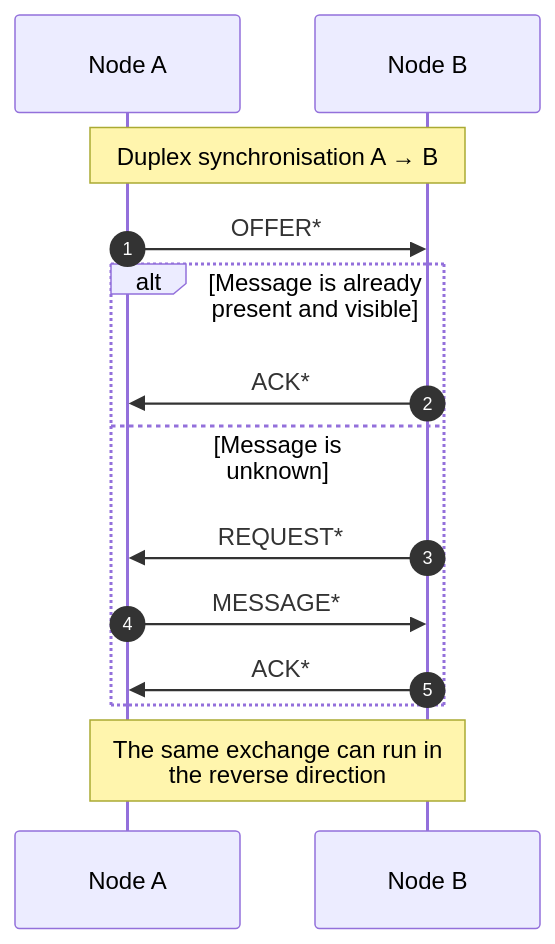
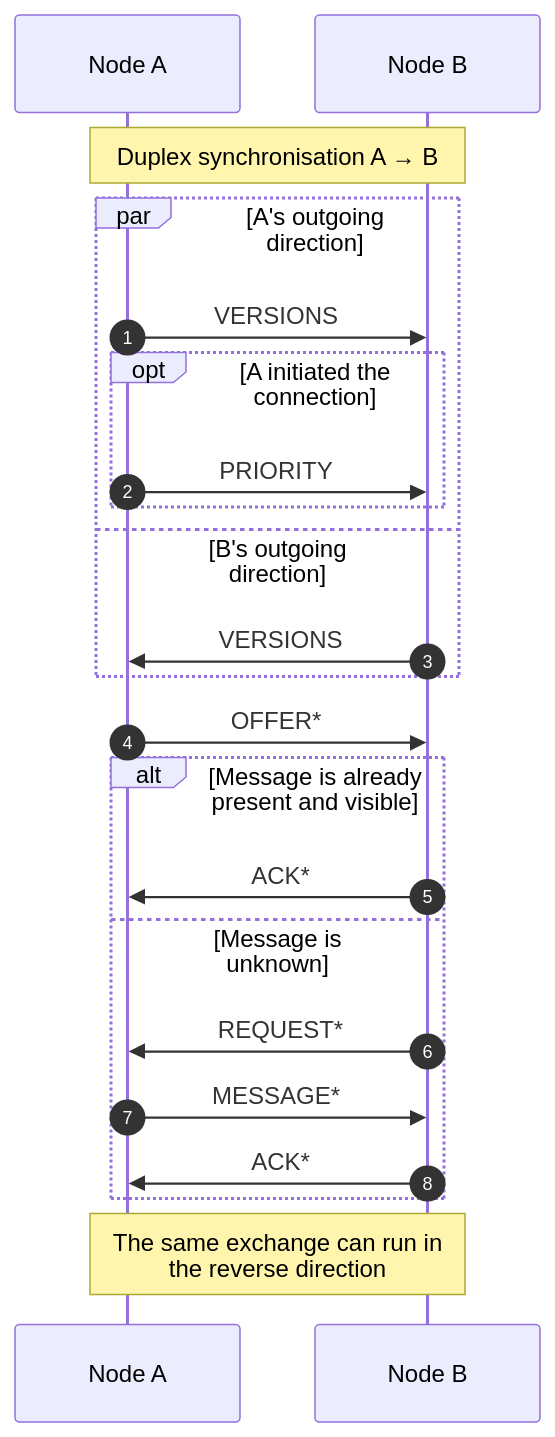
One commit to SweersJ/Decentralised-Safety---A-Protocol-for-Peer-to-Peer-Emergency-Communication changed the diagram in documentation/01_BSP/diagrams/sequence/sequenceDiagram-duplexSync_compact.mermaid. Above: the diagram before and after it, drawn with Mermaid. The commit also changed 1 other file, not shown here.

Commit message:
Add priority and versions to sequence diagrams

```diff
--- a/documentation/01_BSP/diagrams/sequence/sequenceDiagram-duplexSync_compact.mermaid
+++ b/documentation/01_BSP/diagrams/sequence/sequenceDiagram-duplexSync_compact.mermaid
@@ -1,19 +1,28 @@
 sequenceDiagram
     autonumber
 
     participant A as Node A
     participant B as Node B
 
     Note over A,B: Duplex synchronisation A → B
+
+    par A's outgoing direction
+        A->>B: VERSIONS
+        opt A initiated the connection
+            A->>B: PRIORITY
+        end
+    and B's outgoing direction
+        B->>A: VERSIONS
+    end
 
     A->>B: OFFER*
 
     alt Message is already present and visible
         B->>A: ACK*
     else Message is unknown
         B->>A: REQUEST*
         A->>B: MESSAGE*
         B->>A: ACK*
     end
 
     Note over A,B: The same exchange can run in<br> the reverse direction
```
